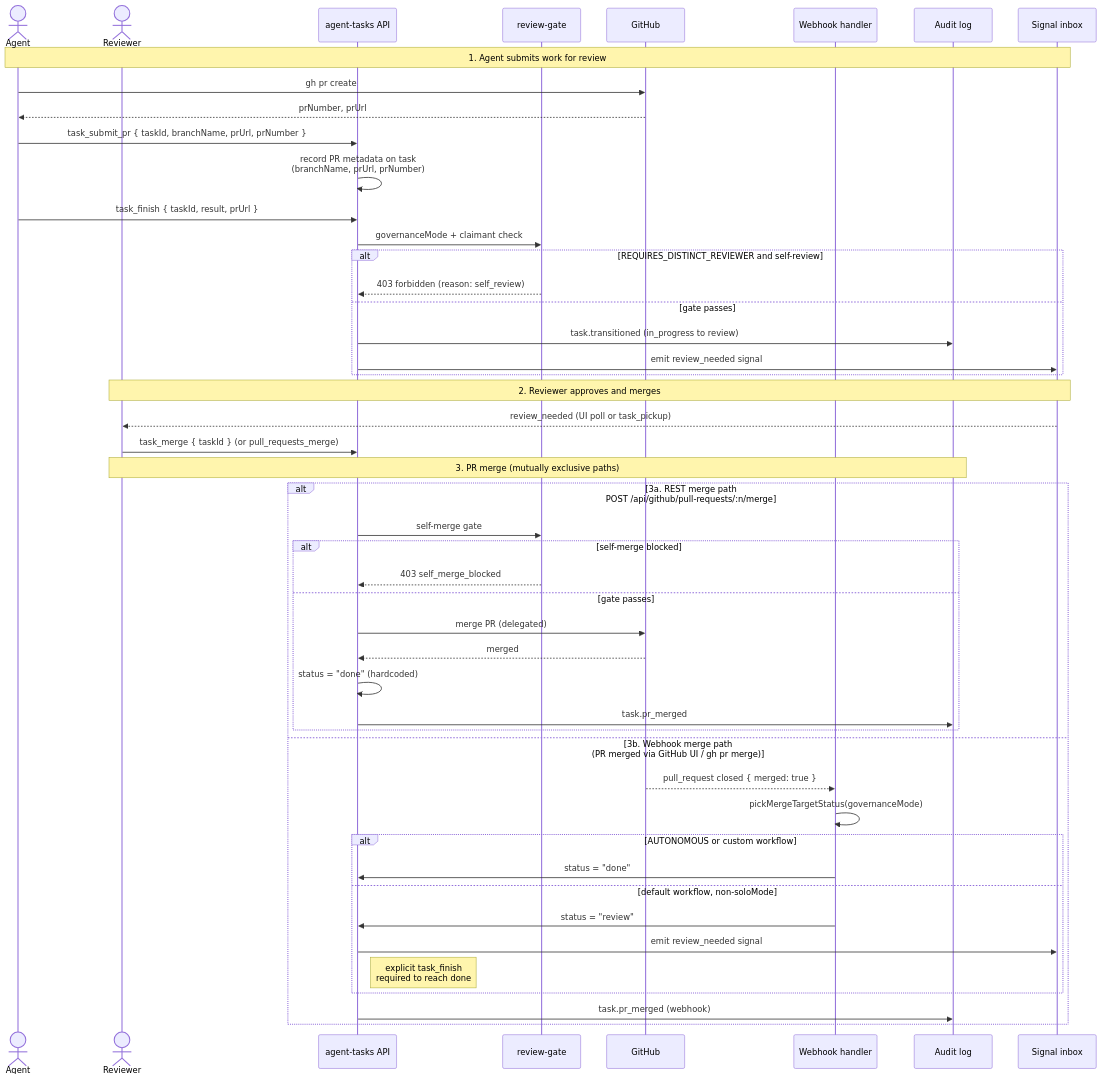
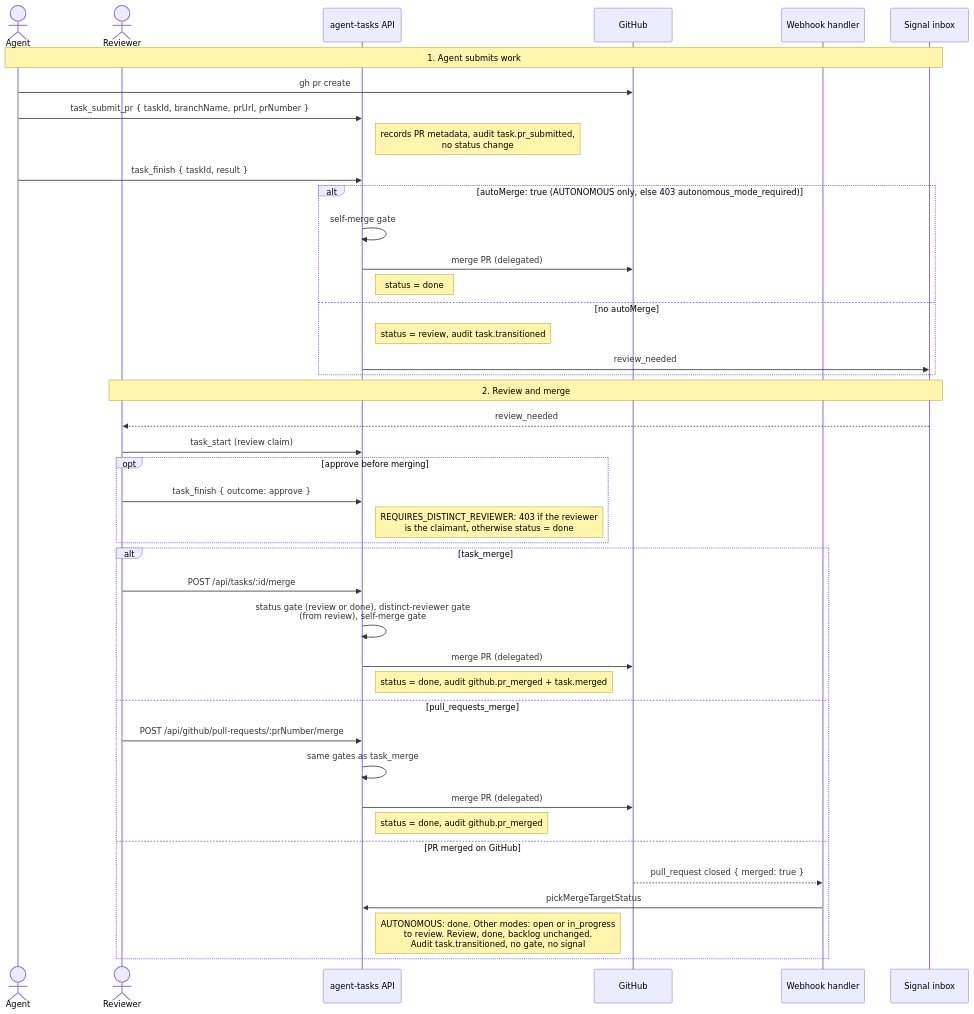
The diagram in docs/diagrams/sequence-review-deploy.mmd (LanNguyenSi/agent-tasks), drawn with Mermaid before and after one commit. The commit also changed 19 other files, not shown here.

First line of the commit message:
docs: correct core docs and diagrams against current code

```diff
--- a/docs/diagrams/sequence-review-deploy.mmd
+++ b/docs/diagrams/sequence-review-deploy.mmd
@@ -1,51 +1,44 @@
 sequenceDiagram
     actor Agent
     actor Reviewer
     participant API as agent-tasks API
-    participant Gate as review-gate
     participant GH as GitHub
     participant Hook as Webhook handler
-    participant Audit as Audit log
     participant Inbox as Signal inbox
 
-    Note over Agent,Inbox: 1. Agent submits work for review
+    Note over Agent,Inbox: 1. Agent submits work
     Agent->>GH: gh pr create
-    GH-->>Agent: prNumber, prUrl
     Agent->>API: task_submit_pr { taskId, branchName, prUrl, prNumber }
-    API->>API: record PR metadata on task<br/>(branchName, prUrl, prNumber)
-    Agent->>API: task_finish { taskId, result, prUrl }
-    API->>Gate: governanceMode + claimant check
-    alt REQUIRES_DISTINCT_REVIEWER and self-review
-        Gate-->>API: 403 forbidden (reason: self_review)
-    else gate passes
-        API->>Audit: task.transitioned (in_progress to review)
-        API->>Inbox: emit review_needed signal
+    Note right of API: records PR metadata, audit task.pr_submitted,<br/>no status change
+    Agent->>API: task_finish { taskId, result }
+    alt autoMerge: true (AUTONOMOUS only, else 403 autonomous_mode_required)
+        API->>API: self-merge gate
+        API->>GH: merge PR (delegated)
+        Note right of API: status = done
+    else no autoMerge
+        Note right of API: status = review, audit task.transitioned
+        API->>Inbox: review_needed
     end
 
-    Note over Reviewer,Inbox: 2. Reviewer approves and merges
-    Inbox-->>Reviewer: review_needed (UI poll or task_pickup)
-    Reviewer->>API: task_merge { taskId } (or pull_requests_merge)
-
-    Note over Reviewer,Audit: 3. PR merge (mutually exclusive paths)
-    alt 3a. REST merge path<br/>POST /api/github/pull-requests/:n/merge
-        API->>Gate: self-merge gate
-        alt self-merge blocked
-            Gate-->>API: 403 self_merge_blocked
-        else gate passes
-            API->>GH: merge PR (delegated)
-            GH-->>API: merged
-            API->>API: status = "done" (hardcoded)
-            API->>Audit: task.pr_merged
-        end
-    else 3b. Webhook merge path<br/>(PR merged via GitHub UI / gh pr merge)
+    Note over Reviewer,Inbox: 2. Review and merge
+    Inbox-->>Reviewer: review_needed
+    Reviewer->>API: task_start (review claim)
+    opt approve before merging
+        Reviewer->>API: task_finish { outcome: approve }
+        Note right of API: REQUIRES_DISTINCT_REVIEWER: 403 if the reviewer<br/>is the claimant, otherwise status = done
+    end
+    alt task_merge
+        Reviewer->>API: POST /api/tasks/:id/merge
+        API->>API: status gate (review or done), distinct-reviewer gate<br/>(from review), self-merge gate
+        API->>GH: merge PR (delegated)
+        Note right of API: status = done, audit github.pr_merged + task.merged
+    else pull_requests_merge
+        Reviewer->>API: POST /api/github/pull-requests/:prNumber/merge
+        API->>API: same gates as task_merge
+        API->>GH: merge PR (delegated)
+        Note right of API: status = done, audit github.pr_merged
+    else PR merged on GitHub
         GH-->>Hook: pull_request closed { merged: true }
-        Hook->>Hook: pickMergeTargetStatus(governanceMode)
-        alt AUTONOMOUS or custom workflow
-            Hook->>API: status = "done"
-        else default workflow, non-soloMode
-            Hook->>API: status = "review"
-            API->>Inbox: emit review_needed signal
-            Note right of API: explicit task_finish<br/>required to reach done
-        end
-        API->>Audit: task.pr_merged (webhook)
+        Hook->>API: pickMergeTargetStatus
+        Note right of API: AUTONOMOUS: done. Other modes: open or in_progress<br/>to review. Review, done, backlog unchanged.<br/>Audit task.transitioned, no gate, no signal
     end
```
